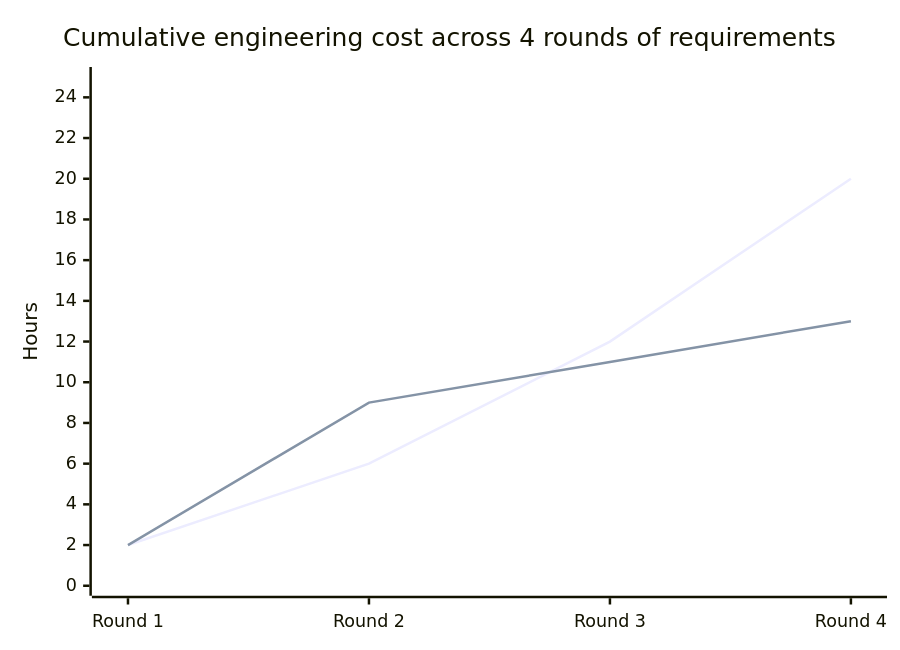
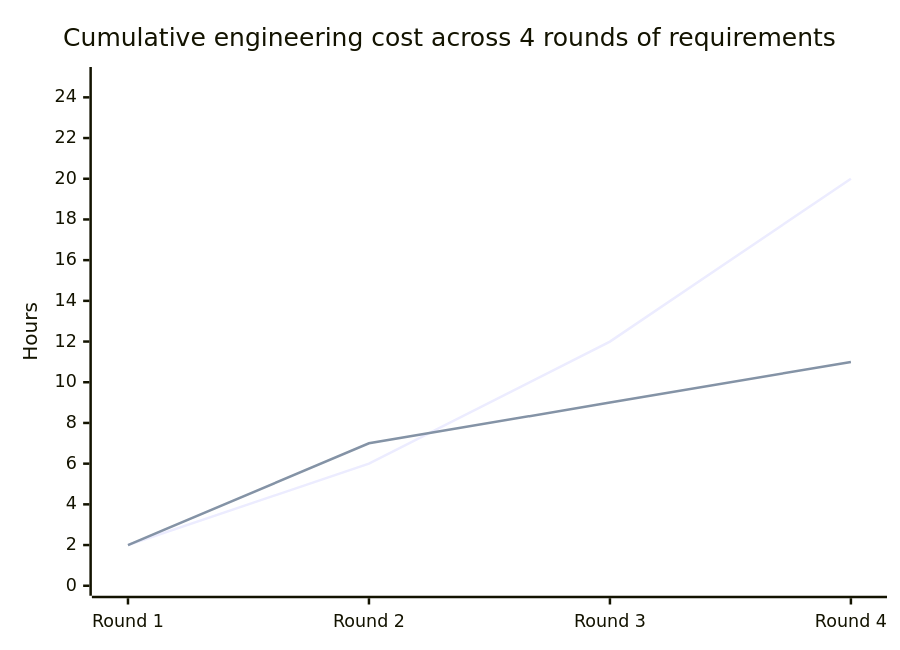
The diagram in src/content/software-design/evolutionary-design/L1-summary.mdx (francoandreDev/knowledge), drawn with Mermaid before and after one commit. The commit also changed 76 other files, not shown here.

````diff
--- a/src/content/software-design/evolutionary-design/L1-summary.mdx
+++ b/src/content/software-design/evolutionary-design/L1-summary.mdx
@@ -104,8 +104,8 @@
 ```mermaid
 xychart-beta
     title "Cumulative engineering cost across 4 rounds of requirements"
     x-axis ["Round 1", "Round 2", "Round 3", "Round 4"]
     y-axis "Hours" 0 --> 25
     line [2, 6, 12, 20]
-    line [2, 9, 11, 13]
+    line [2, 7, 9, 11]
 ```
````
